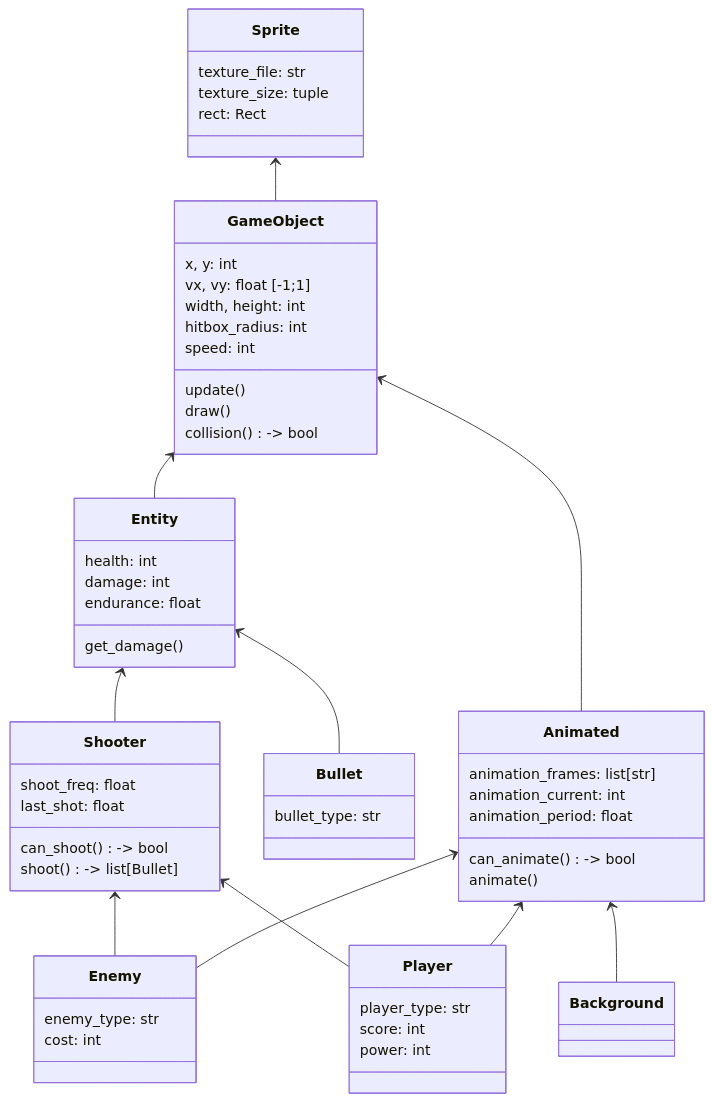
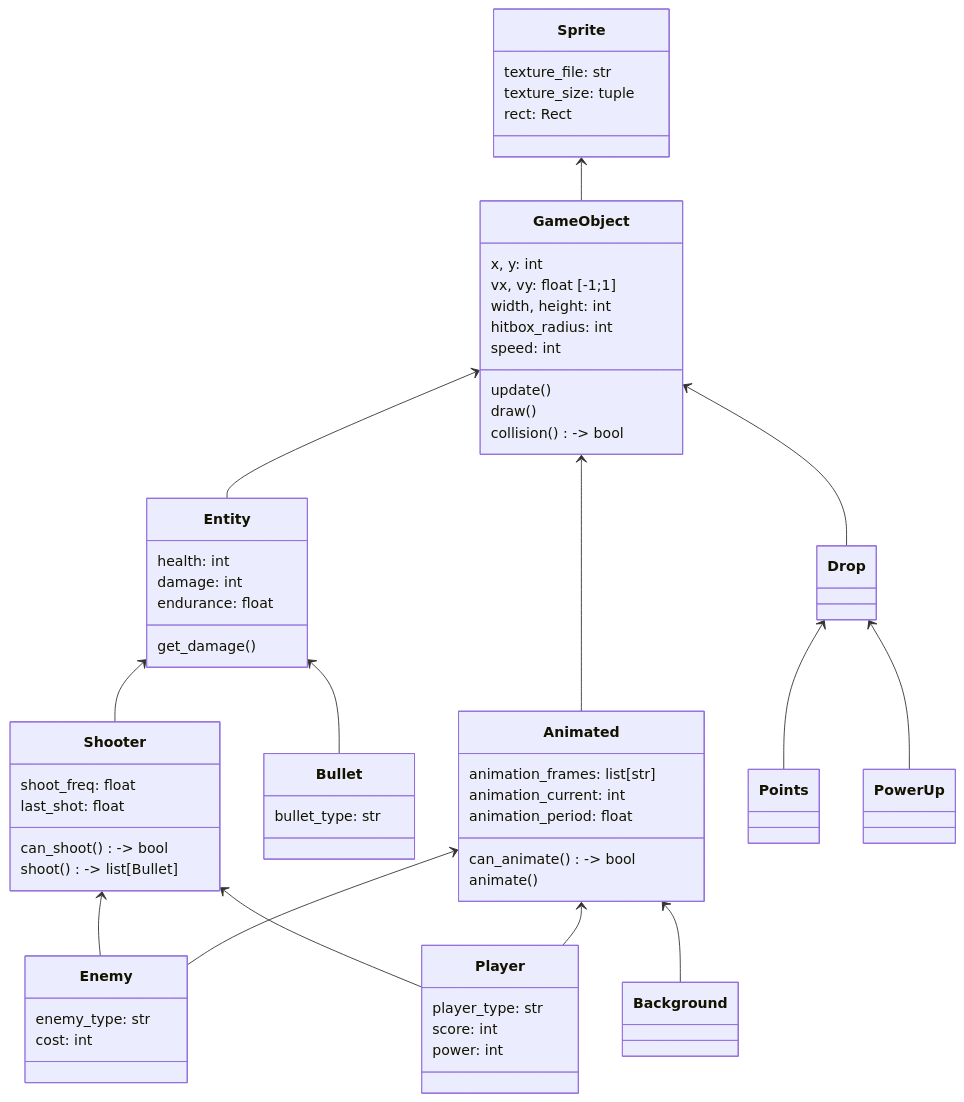
One commit to Virashu/danmaku changed the second of 5 diagrams in docs/mecs.md. Above: the diagram before and after it, drawn with Mermaid. The commit also changed 2 other files, not shown here.

Commit message:
Update mecs + formatting

````diff
--- a/docs/mecs.md
+++ b/docs/mecs.md
@@ -78,67 +78,77 @@
 ```mermaid
 classDiagram
   Sprite <-- GameObject
   GameObject <-- Entity
   Shooter <-- Enemy
   Shooter <-- Player
   Entity <-- Bullet
   Animated <-- Player
   Animated <-- Enemy
   GameObject <-- Animated
   Animated <-- Background
   Entity <-- Shooter
+  GameObject <-- Drop
+  Drop <-- Points
+  Drop <-- PowerUp
 
   class Sprite {
     texture_file: str
     texture_size: tuple
     rect: Rect
   }
   class GameObject {
     x, y: int
     vx, vy: float [-1;1]
     width, height: int
     hitbox_radius: int
     speed: int
 
     update()
     draw()
     collision() -> bool
   }
   class Entity {
     health: int
     damage: int
     endurance: float
 
     get_damage()
   }
   class Shooter {
     shoot_freq: float
     last_shot: float
 
     can_shoot() -> bool
     shoot() -> list[Bullet]
   }
   class Player {
     player_type: str
     score: int
     power: int
   }
   class Enemy {
     enemy_type: str
     cost: int
   }
   class Animated {
     animation_frames: list[str]
     animation_current: int
     animation_period: float
   
     can_animate() -> bool
     animate()
   }
   class Bullet {
     bullet_type: str
   }
   class Background {
 
   }
+  class Drop {
+
+  }
+  class PowerUp {
+
+  }
+  class Points
 ```
````
